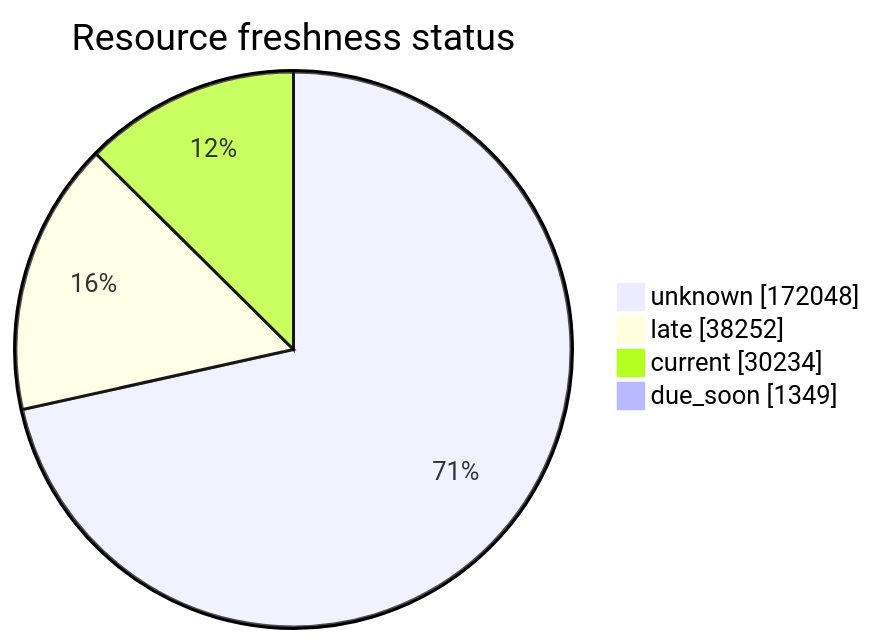
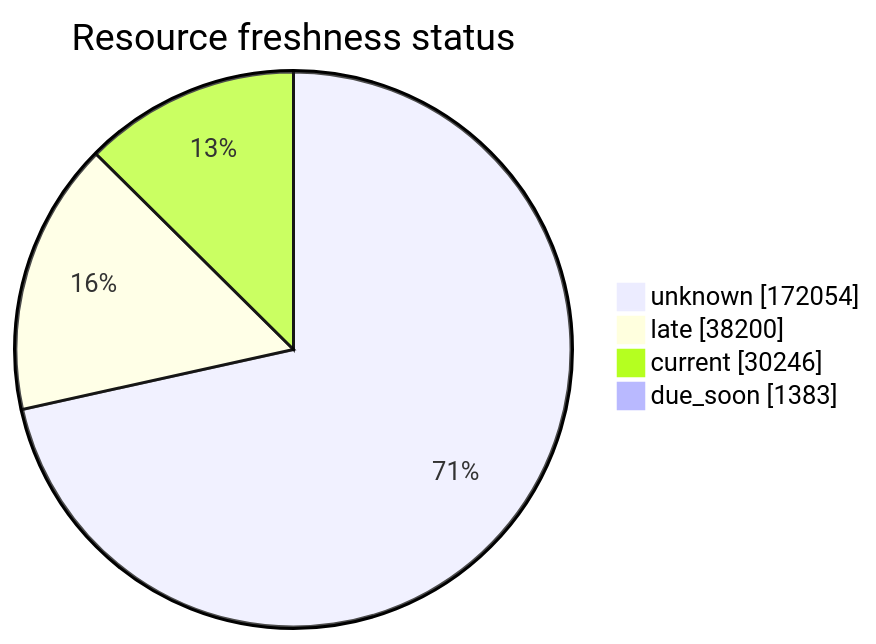
The third of 5 diagrams in FreshCheck/README.md (open-data/analytics-corporate-reporting), drawn with Mermaid before and after one commit. The commit also changed other lines of this file and 3 other files, not shown here.

````diff
--- a/FreshCheck/README.md
+++ b/FreshCheck/README.md
@@ -77,7 +77,7 @@
 ```mermaid
 pie showData title Resource freshness status
-    "unknown": 172048
-    "late": 38252
-    "current": 30234
-    "due_soon": 1349
+    "unknown": 172054
+    "late": 38200
+    "current": 30246
+    "due_soon": 1383
 ```
````
